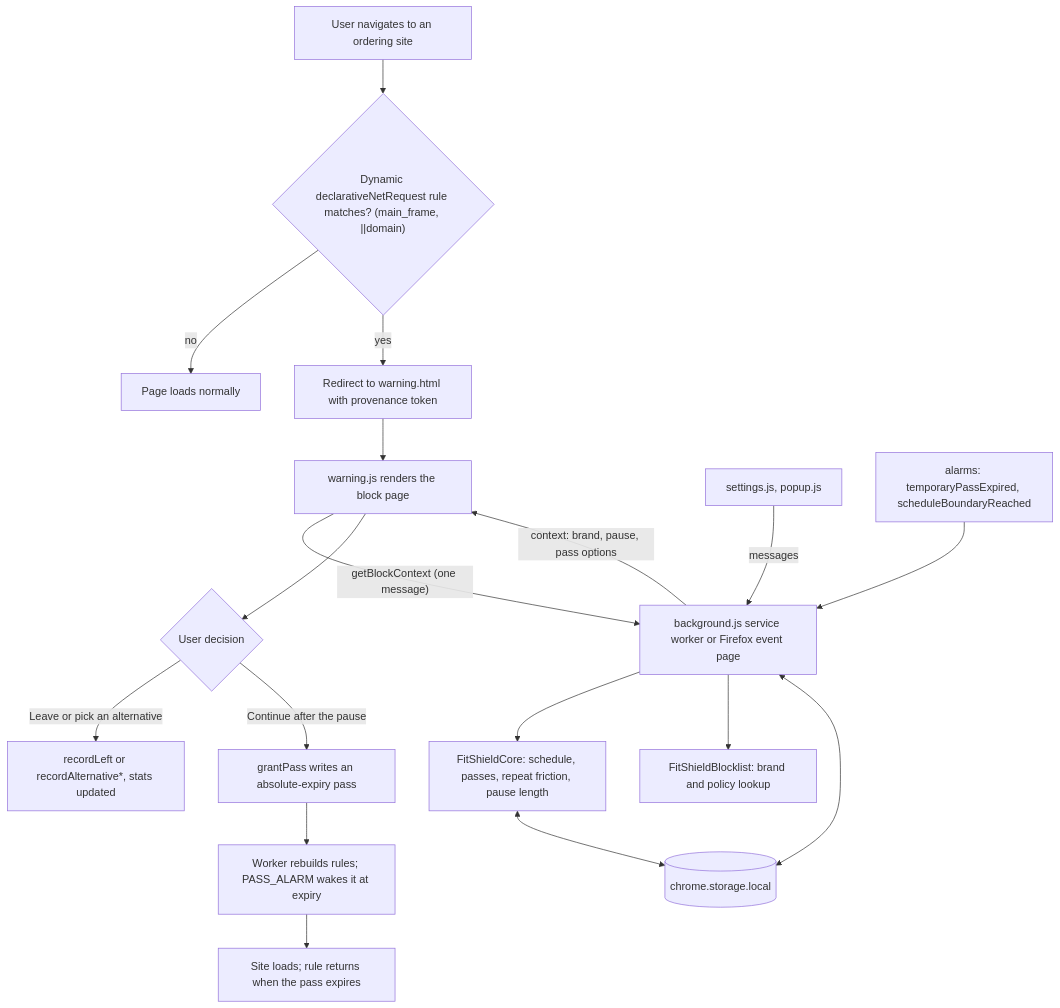
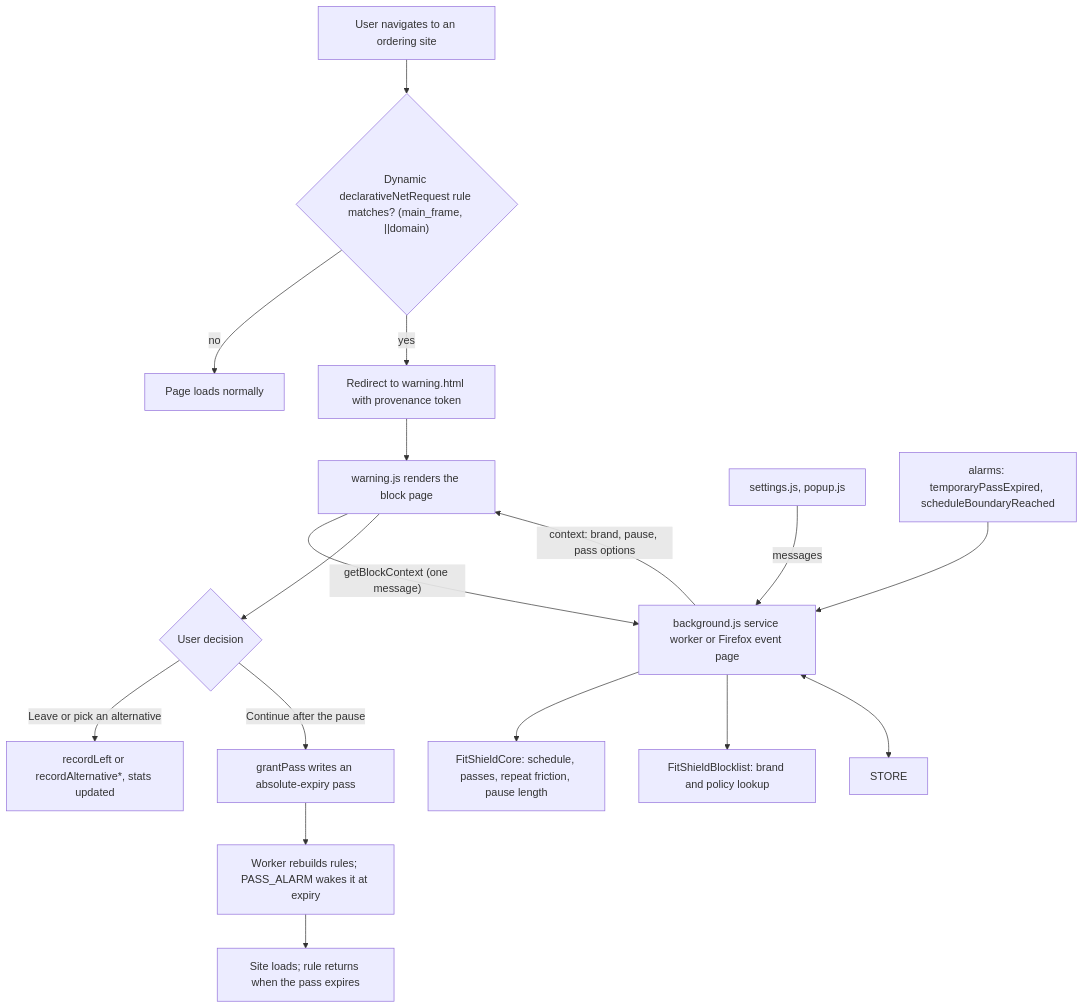
One commit to EeshGarg/FitShield changed the second of 4 diagrams in ARCHITECTURE.md. Above: the diagram before and after it, drawn with Mermaid. The commit also changed other lines of this file and 28 other files, not shown here.

````diff
--- a/ARCHITECTURE.md
+++ b/ARCHITECTURE.md
@@ -103,20 +103,19 @@
 ```mermaid
 flowchart TD
   NAV["User navigates to an ordering site"] --> DNR{"Dynamic declarativeNetRequest rule matches? (main_frame, ||domain)"}
   DNR -- "no" --> PASS1["Page loads normally"]
   DNR -- "yes" --> REDIR["Redirect to warning.html with provenance token"]
   REDIR --> WARN["warning.js renders the block page"]
   WARN -- "getBlockContext (one message)" --> BG["background.js service worker or Firefox event page"]
   BG --> CORE["FitShieldCore: schedule, passes, repeat friction, pause length"]
   BG --> ENGINE["FitShieldBlocklist: brand and policy lookup"]
-  CORE <--> STORE[("chrome.storage.local")]
   BG <--> STORE
   BG -- "context: brand, pause, pass options" --> WARN
   WARN --> CHOICE{"User decision"}
   CHOICE -- "Leave or pick an alternative" --> LEFT["recordLeft or recordAlternative*, stats updated"]
   CHOICE -- "Continue after the pause" --> GRANT["grantPass writes an absolute-expiry pass"]
   GRANT --> RULES["Worker rebuilds rules; PASS_ALARM wakes it at expiry"]
   RULES --> PASS2["Site loads; rule returns when the pass expires"]
   SET["settings.js, popup.js"] -- "messages" --> BG
   ALARM["alarms: temporaryPassExpired, scheduleBoundaryReached"] --> BG
 ```
````
